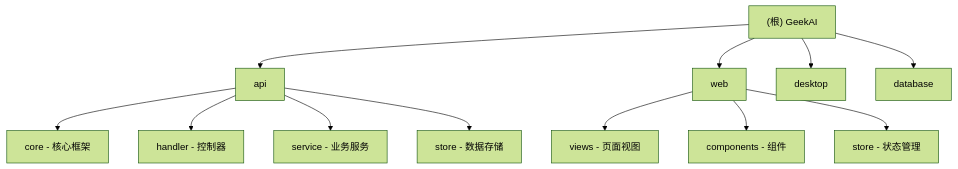
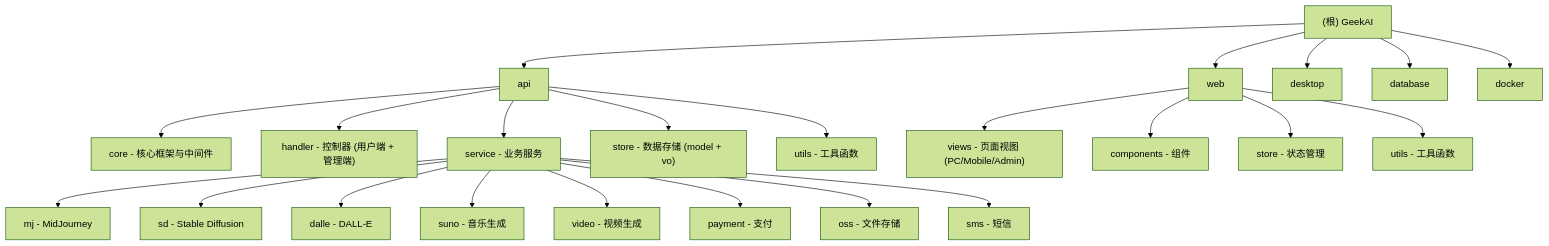
One commit to xj4007/geekai changed the diagram in CLAUDE.md. Above: the diagram before and after it, drawn with Mermaid (forest theme). The commit also changed other lines of this file and 4 other files, not shown here.

````diff
--- a/CLAUDE.md
+++ b/CLAUDE.md
@@ -37,20 +44,32 @@
 ```mermaid
 graph TD
     A["(根) GeekAI"] --> B["api"];
     A --> C["web"];
     A --> D["desktop"];
     A --> E["database"];
+    A --> F["docker"];
 
-    B --> B1["core - 核心框架"];
-    B --> B2["handler - 控制器"];
+    B --> B1["core - 核心框架与中间件"];
+    B --> B2["handler - 控制器 (用户端 + 管理端)"];
     B --> B3["service - 业务服务"];
-    B --> B4["store - 数据存储"];
+    B --> B4["store - 数据存储 (model + vo)"];
+    B --> B5["utils - 工具函数"];
 
-    C --> C1["views - 页面视图"];
+    B3 --> B3a["mj - MidJourney"];
+    B3 --> B3b["sd - Stable Diffusion"];
+    B3 --> B3c["dalle - DALL-E"];
+    B3 --> B3d["suno - 音乐生成"];
+    B3 --> B3e["video - 视频生成"];
+    B3 --> B3f["payment - 支付"];
+    B3 --> B3g["oss - 文件存储"];
+    B3 --> B3h["sms - 短信"];
+
+    C --> C1["views - 页面视图 (PC/Mobile/Admin)"];
     C --> C2["components - 组件"];
     C --> C3["store - 状态管理"];
+    C --> C4["utils - 工具函数"];
 
     click B "./api/CLAUDE.md" "查看 API 模块文档"
     click C "./web/CLAUDE.md" "查看 Web 模块文档"
     click D "./desktop/CLAUDE.md" "查看 Desktop 模块文档"
 ```
````
